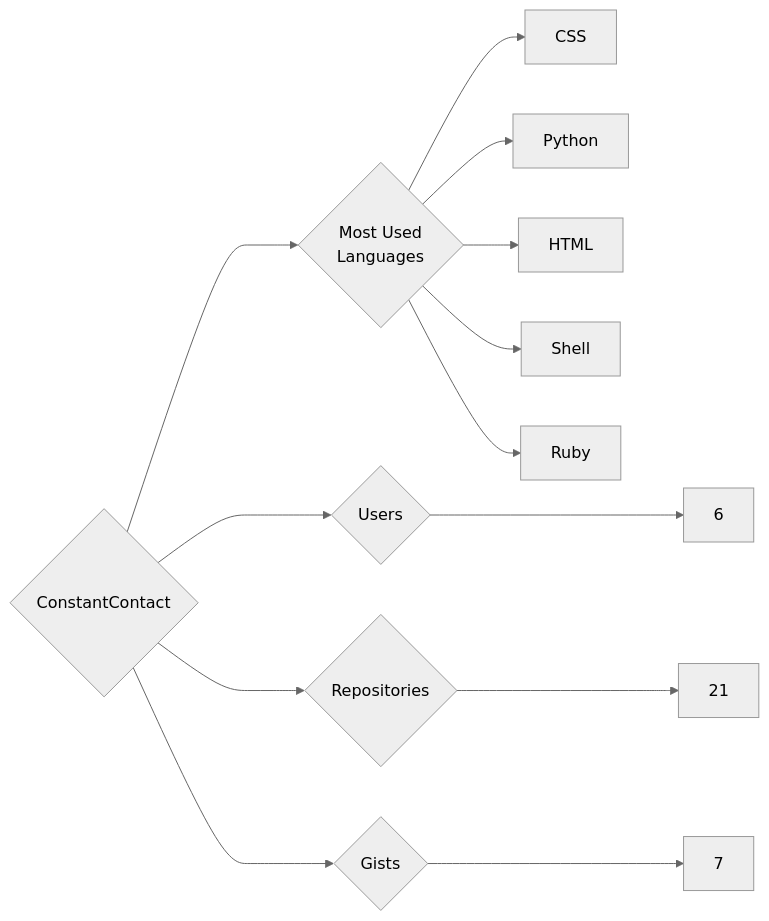
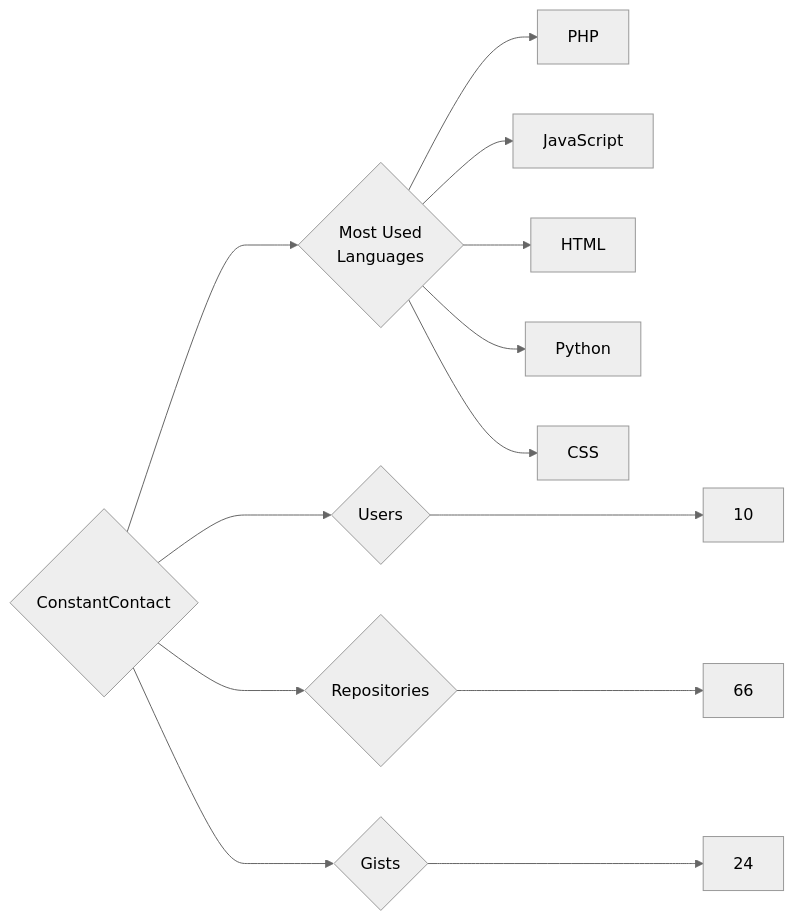
One commit to trickest/insiders changed the diagram in targets/ConstantContact/README.md. Above: the diagram before and after it, drawn with Mermaid (neutral theme). The commit also changed 1212 other files, not shown here.

````diff
--- a/targets/ConstantContact/README.md
+++ b/targets/ConstantContact/README.md
@@ -3,13 +3,13 @@
 ```mermaid
 graph LR
 COMPANY_NAME{ConstantContact}
-COMPANY_NAME ---> U{Users} ---> UN[6]
-COMPANY_NAME ---> R{Repositories} ---> RN[21]
-COMPANY_NAME ---> G{Gists} ---> GN[7]
+COMPANY_NAME ---> U{Users} ---> UN[10]
+COMPANY_NAME ---> R{Repositories} ---> RN[66]
+COMPANY_NAME ---> G{Gists} ---> GN[24]
 COMPANY_NAME ---> ML{Most Used<br>Languages}
+ML --> PHP[PHP]
+ML --> JavaScript[JavaScript]
+ML --> HTML[HTML]
+ML --> Python[Python]
 ML --> CSS[CSS]
-ML --> Python[Python]
-ML --> HTML[HTML]
-ML --> Shell[Shell]
-ML --> Ruby[Ruby]
 ```
````
